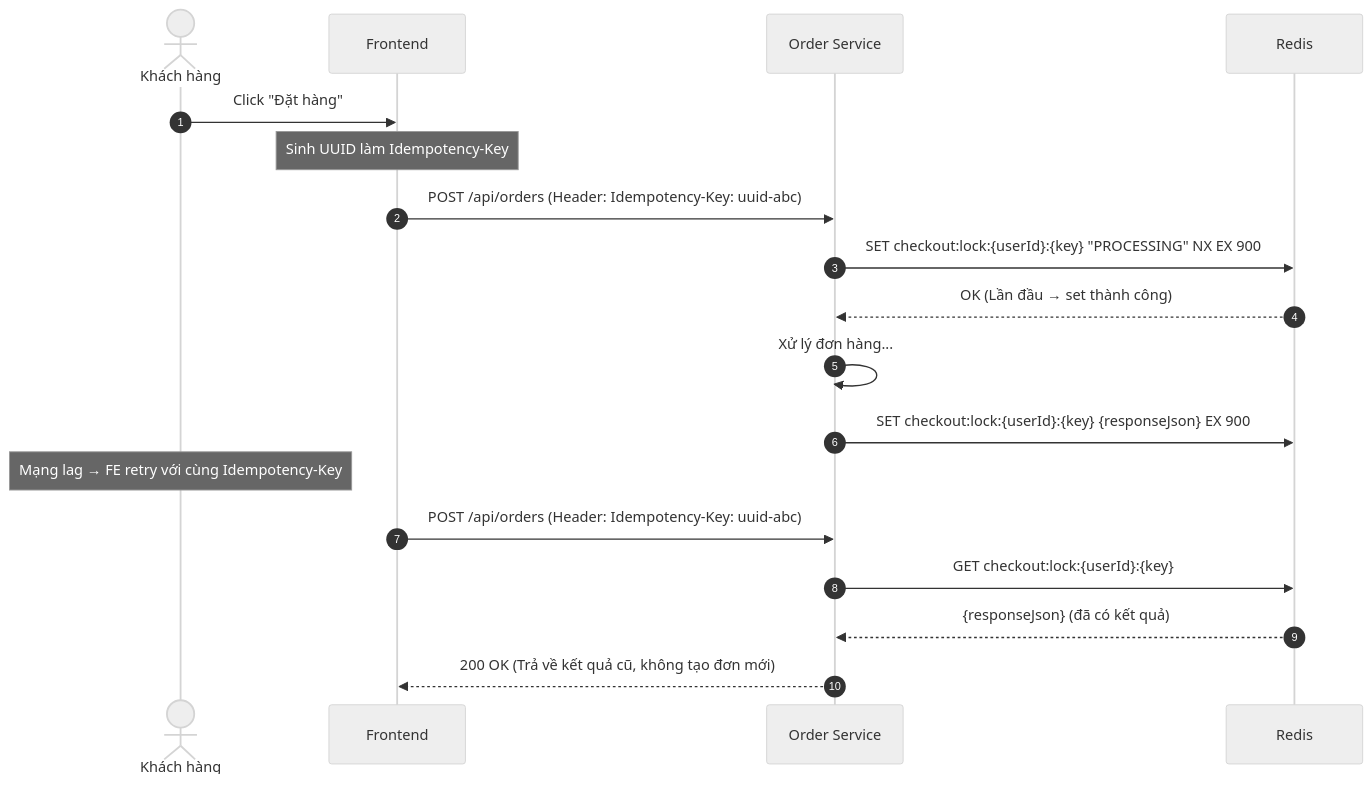
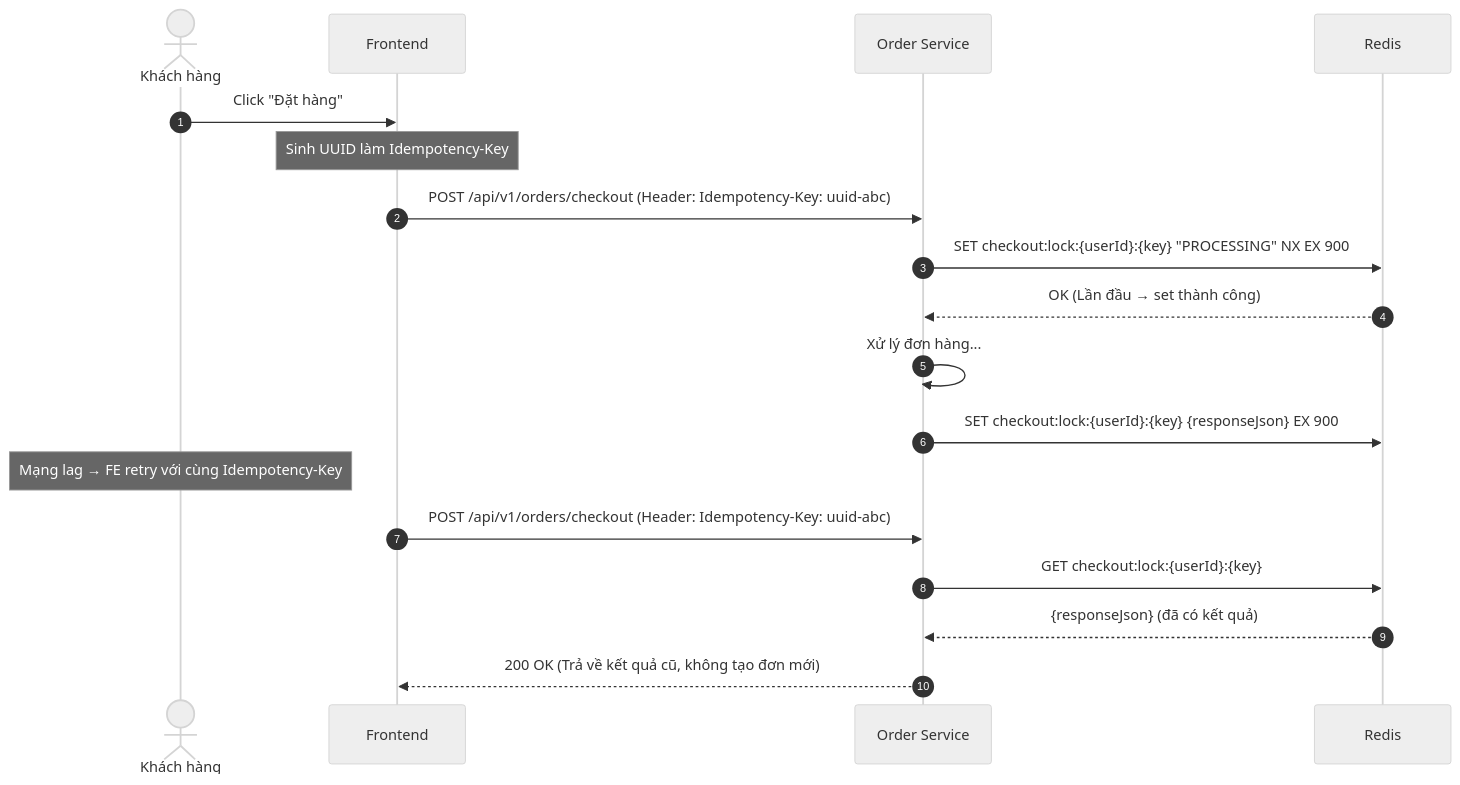
The first of 6 diagrams in docs/services/03_CART_ORDER_SERVICE.md (Thuannd24/Graduation-Project), drawn with Mermaid (neutral theme) before and after one commit. The commit also changed other lines of this file and 19 other files, not shown here.

````diff
--- a/docs/services/03_CART_ORDER_SERVICE.md
+++ b/docs/services/03_CART_ORDER_SERVICE.md
@@ -78,22 +89,22 @@
 ```mermaid
 sequenceDiagram
     autonumber
     actor User as Khách hàng
     participant FE as Frontend
     participant OS as Order Service
     participant Redis as Redis
 
     User->>FE: Click "Đặt hàng"
     Note over FE: Sinh UUID làm Idempotency-Key
-    FE->>OS: POST /api/orders (Header: Idempotency-Key: uuid-abc)
+    FE->>OS: POST /api/v1/orders/checkout (Header: Idempotency-Key: uuid-abc)
     OS->>Redis: SET checkout:lock:{userId}:{key} "PROCESSING" NX EX 900
     Redis-->>OS: OK (Lần đầu → set thành công)
     OS->>OS: Xử lý đơn hàng...
     OS->>Redis: SET checkout:lock:{userId}:{key} {responseJson} EX 900
 
     Note over User: Mạng lag → FE retry với cùng Idempotency-Key
-    FE->>OS: POST /api/orders (Header: Idempotency-Key: uuid-abc)
+    FE->>OS: POST /api/v1/orders/checkout (Header: Idempotency-Key: uuid-abc)
     OS->>Redis: GET checkout:lock:{userId}:{key}
     Redis-->>OS: {responseJson} (đã có kết quả)
     OS-->>FE: 200 OK (Trả về kết quả cũ, không tạo đơn mới)
 ```
````
